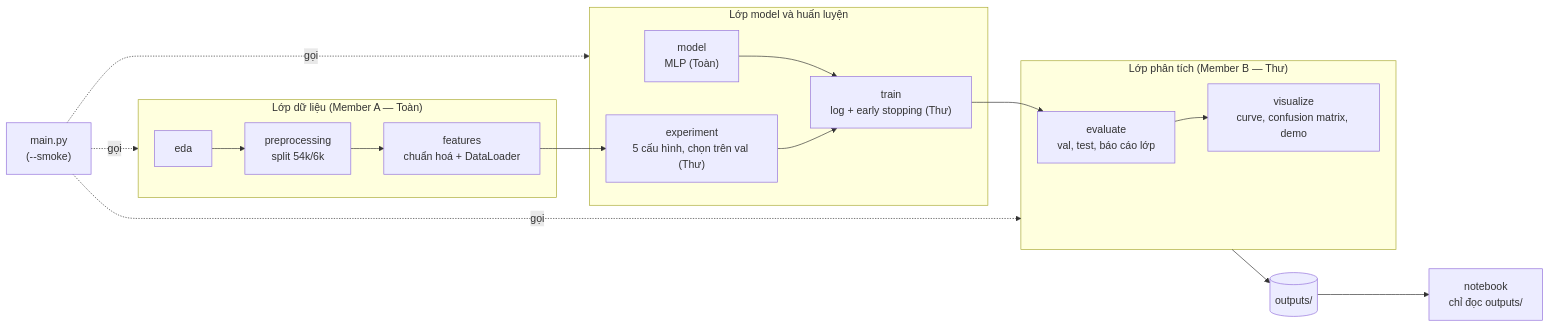
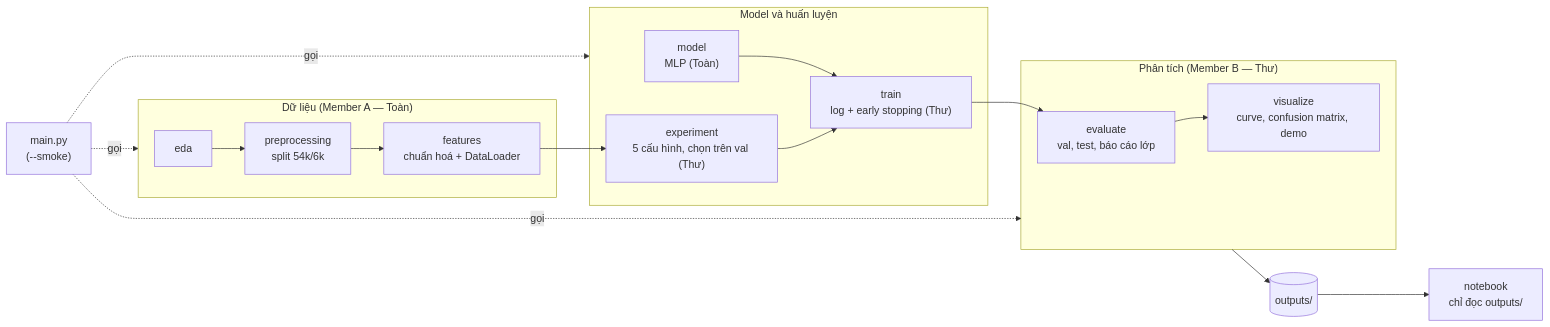
The diagram in labs/lab1/project_description.md (pptthu/Lab-DL), drawn with Mermaid before and after one commit. The commit also changed other lines of this file and 8 other files, not shown here.

````diff
--- a/labs/lab1/project_description.md
+++ b/labs/lab1/project_description.md
@@ -25,20 +23,20 @@
 ```mermaid
 flowchart LR
-    subgraph Data["Lớp dữ liệu (Member A — Toàn)"]
+    subgraph Data["Dữ liệu (Member A — Toàn)"]
         E["eda"] --> P["preprocessing<br/>split 54k/6k"] --> Fe["features<br/>chuẩn hoá + DataLoader"]
     end
-    subgraph Train["Lớp model và huấn luyện"]
+    subgraph Train["Model và huấn luyện"]
         M["model<br/>MLP (Toàn)"] --> T["train<br/>log + early stopping (Thư)"]
         X["experiment<br/>5 cấu hình, chọn trên val (Thư)"] --> T
     end
-    subgraph Ana["Lớp phân tích (Member B — Thư)"]
+    subgraph Ana["Phân tích (Member B — Thư)"]
         Ev["evaluate<br/>val, test, báo cáo lớp"] --> V["visualize<br/>curve, confusion matrix, demo"]
     end
     Fe --> X
     T --> Ev
     Main["main.py<br/>(--smoke)"] -. gọi .-> Data
     Main -. gọi .-> Train
     Main -. gọi .-> Ana
     Ana --> Out[("outputs/")]
     Out --> NB["notebook<br/>chỉ đọc outputs/"]
 ```
````
